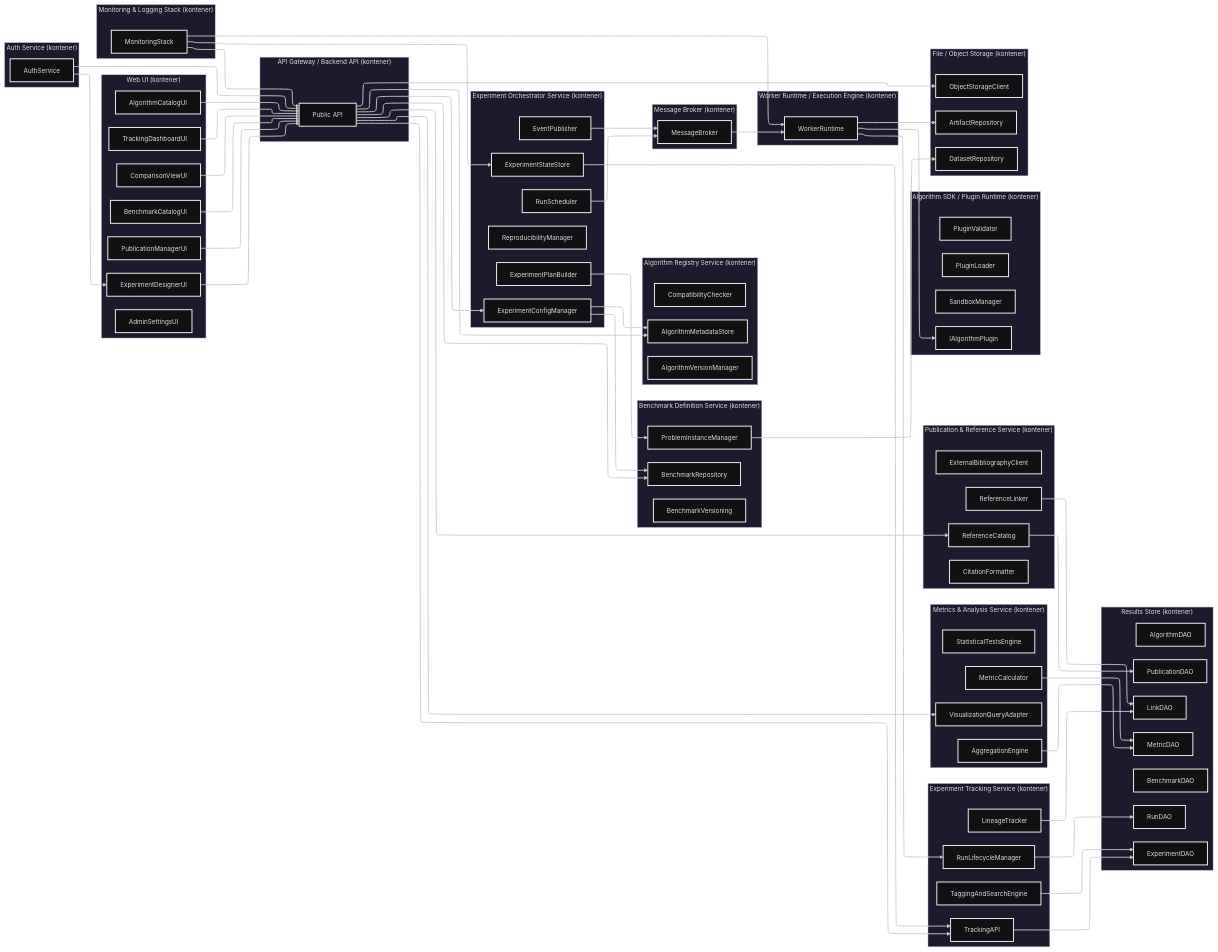
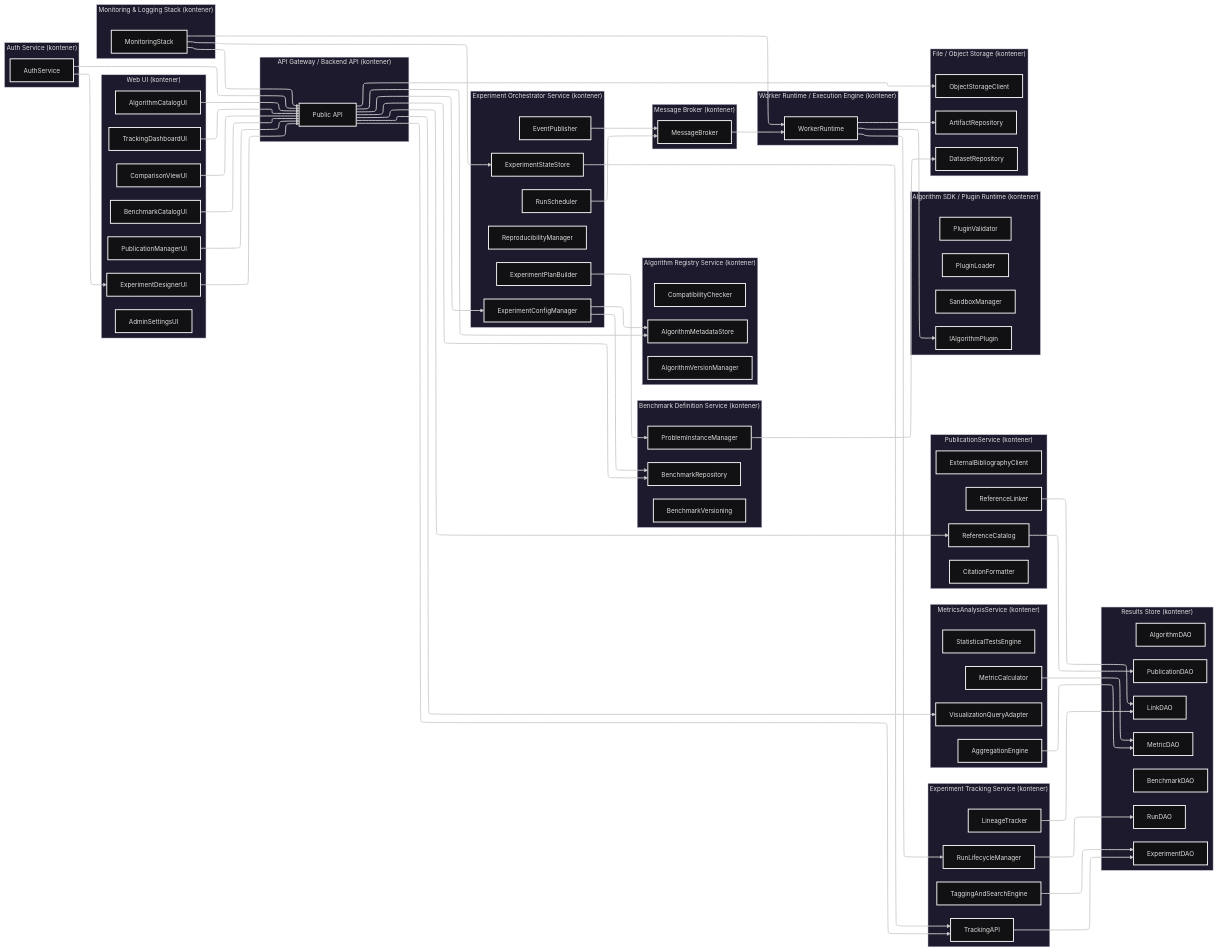
One commit to jedrzejpolaczek/aviarium.corvidae.corvus_corone changed the third of 35 diagrams in docs/system_c4_architecture.md. Above: the diagram before and after it, drawn with Mermaid. The commit also changed other lines of this file, not shown here.

```diff
--- a/docs/system_c4_architecture.md
+++ b/docs/system_c4_architecture.md
@@ -263,13 +263,13 @@
     Track_Search["TaggingAndSearchEngine"]
     Track_Lineage["LineageTracker"]
   end
-  subgraph MetricsAnalysisService ["Metrics & Analysis Service (kontener)"]
+  subgraph MetricsAnalysisService ["MetricsAnalysisService (kontener)"]
     Metrics_Calc["MetricCalculator"]
     Metrics_Agg["AggregationEngine"]
     Metrics_Stats["StatisticalTestsEngine"]
     Metrics_Query["VisualizationQueryAdapter"]
   end
-  subgraph PublicationService ["Publication & Reference Service (kontener)"]
+  subgraph PublicationService ["PublicationService (kontener)"]
     Pub_Catalog["ReferenceCatalog"]
     Pub_Citation["CitationFormatter"]
     Pub_Linker["ReferenceLinker"]
```
